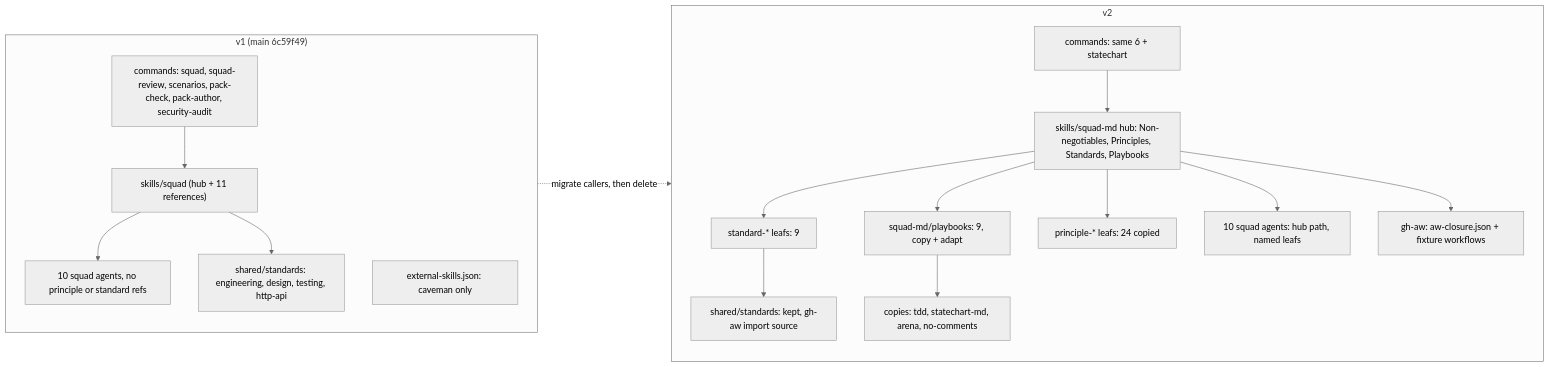
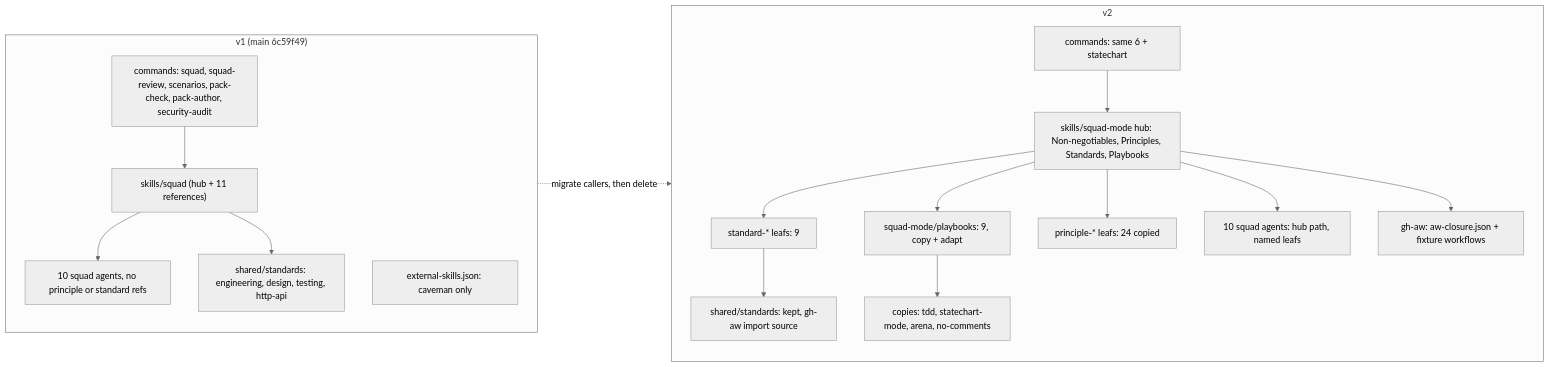
The diagram in docs/pbi/squad/MIGRATION.md (svennijhuis/agentPacks), drawn with Mermaid (neutral theme) before and after one commit. The commit also changed other lines of this file and 27 other files, not shown here.

Commit message:
docs(pbi/squad): hubs renamed to poteto style -mode (squad-mode, pack-author-mode, pack-check-mode, statechart-mode, scenarios-mode, security-audit-mode); old -md dirs move with pointer until GA07; today paths keep main names

````diff
--- a/docs/pbi/squad/MIGRATION.md
+++ b/docs/pbi/squad/MIGRATION.md
@@ -7,30 +7,30 @@
 ```mermaid
 flowchart LR
   subgraph v1["v1 (main 6c59f49)"]
     c1["commands: squad, squad-review, scenarios, pack-check, pack-author, security-audit"]
     h1["skills/squad (hub + 11 references)"]
     a1["10 squad agents, no principle or standard refs"]
     s1["shared/standards: engineering, design, testing, http-api"]
     p1["external-skills.json: caveman only"]
     c1 --> h1 --> a1
     h1 --> s1
   end
   subgraph v2["v2"]
     c2["commands: same 6 + statechart"]
-    h2["skills/squad-md hub: Non-negotiables, Principles, Standards, Playbooks"]
-    pb2["squad-md/playbooks: 9, copy + adapt"]
+    h2["skills/squad-mode hub: Non-negotiables, Principles, Standards, Playbooks"]
+    pb2["squad-mode/playbooks: 9, copy + adapt"]
     st2["standard-* leafs: 9"]
     pr2["principle-* leafs: 24 copied"]
-    k2["copies: tdd, statechart-md, arena, no-comments"]
+    k2["copies: tdd, statechart-mode, arena, no-comments"]
     a2["10 squad agents: hub path, named leafs"]
     s2["shared/standards: kept, gh-aw import source"]
     g2["gh-aw: aw-closure.json + fixture workflows"]
     c2 --> h2 --> pb2
     h2 --> st2 --> s2
     h2 --> pr2
     pb2 --> k2
     h2 --> a2
     h2 --> g2
   end
   v1 -.migrate callers, then delete.-> v2
 ```
````
